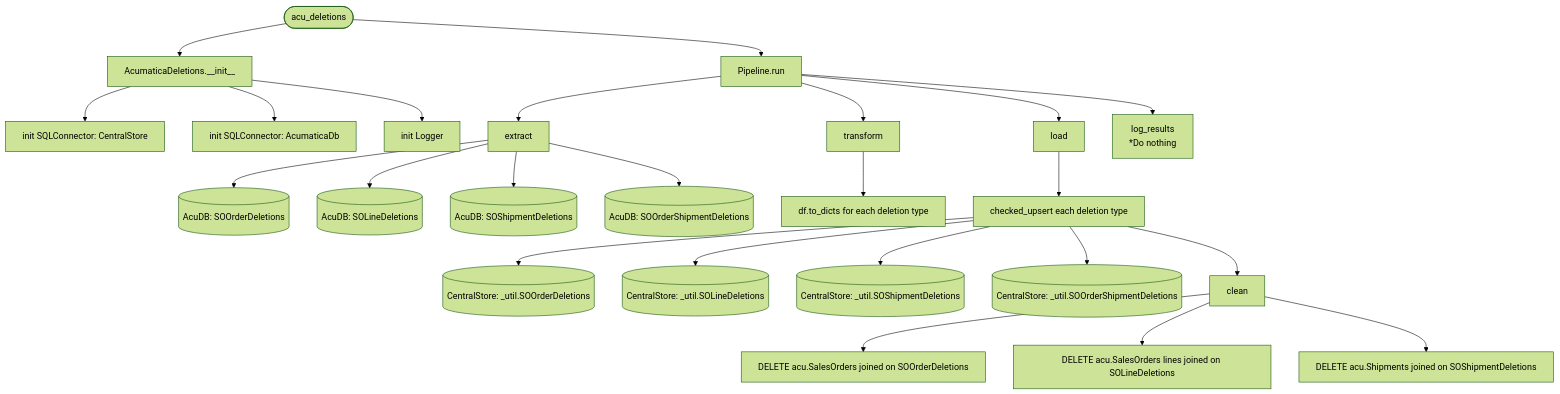
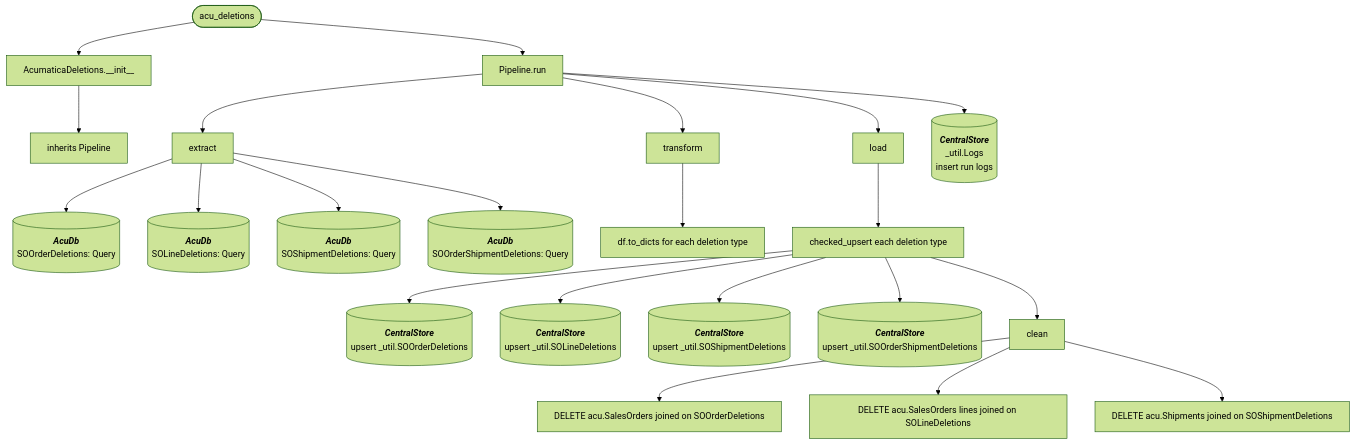
One commit to journeyhl/integration-platform changed the diagram in docs/functions/acu_deletions.md. Above: the diagram before and after it, drawn with Mermaid (forest theme). The commit also changed 42 other files, not shown here.

````diff
--- a/docs/functions/acu_deletions.md
+++ b/docs/functions/acu_deletions.md
@@ -16,32 +15,57 @@
 ```mermaid
 %%{init: {"flowchart": {"wrappingWidth": 400}}}%%
 flowchart TD
     A([acu_deletions]) --> B[AcumaticaDeletions.__init__]
-    B --> B1[init SQLConnector: CentralStore]
-    B --> B2[init SQLConnector: AcumaticaDb]
-    B --> B3[init Logger]
+    B --> B1[inherits Pipeline]
     
     A --> RUN[Pipeline.run]
 
     RUN --> EX[extract]
-    EX --> D1[(AcuDB: SOOrderDeletions)]
-    EX --> D2[(AcuDB: SOLineDeletions)]
-    EX --> D3[(AcuDB: SOShipmentDeletions)]
-    EX --> D4[(AcuDB: SOOrderShipmentDeletions)]
+    EX --> D1[(
+        <b><i>AcuDb</i></b>
+        SOOrderDeletions: Query
+    )]
+    EX --> D2[(
+        <b><i>AcuDb</i></b>
+        SOLineDeletions: Query
+    )]
+    EX --> D3[(
+        <b><i>AcuDb</i></b>
+        SOShipmentDeletions: Query
+    )]
+    EX --> D4[(
+        <b><i>AcuDb</i></b>
+        SOOrderShipmentDeletions: Query
+    )]
 
     RUN --> TR[transform]
     TR --> T1[df.to_dicts for each deletion type]
 
     RUN --> LD[load]
     LD --> LS[checked_upsert each deletion type]
-    LS --> CS1[(CentralStore: _util.SOOrderDeletions)]
-    LS --> CS2[(CentralStore: _util.SOLineDeletions)]
-    LS --> CS3[(CentralStore: _util.SOShipmentDeletions)]
-    LS --> CS4[(CentralStore: _util.SOOrderShipmentDeletions)]
+    LS --> CS1[(
+        <b><i>CentralStore</i></b>
+        upsert _util.SOOrderDeletions
+    )]
+    LS --> CS2[(
+        <b><i>CentralStore</i></b>
+        upsert _util.SOLineDeletions
+    )]
+    LS --> CS3[(
+        <b><i>CentralStore</i></b>
+        upsert _util.SOShipmentDeletions
+    )]
+    LS --> CS4[(
+        <b><i>CentralStore</i></b>
+        upsert _util.SOOrderShipmentDeletions
+    )]
     LS --> CL[clean]
     CL --> CL1[DELETE acu.SalesOrders joined on SOOrderDeletions]
     CL --> CL2[DELETE acu.SalesOrders lines joined on SOLineDeletions]
     CL --> CL3[DELETE acu.Shipments joined on SOShipmentDeletions]
 
-    RUN --> LR[log_results<br/>*Do nothing]
+    RUN --> LOGS[(
+        <b><i>CentralStore</i></b>
+        _util.Logs<br/>insert run logs
+    )]
 ```
````
